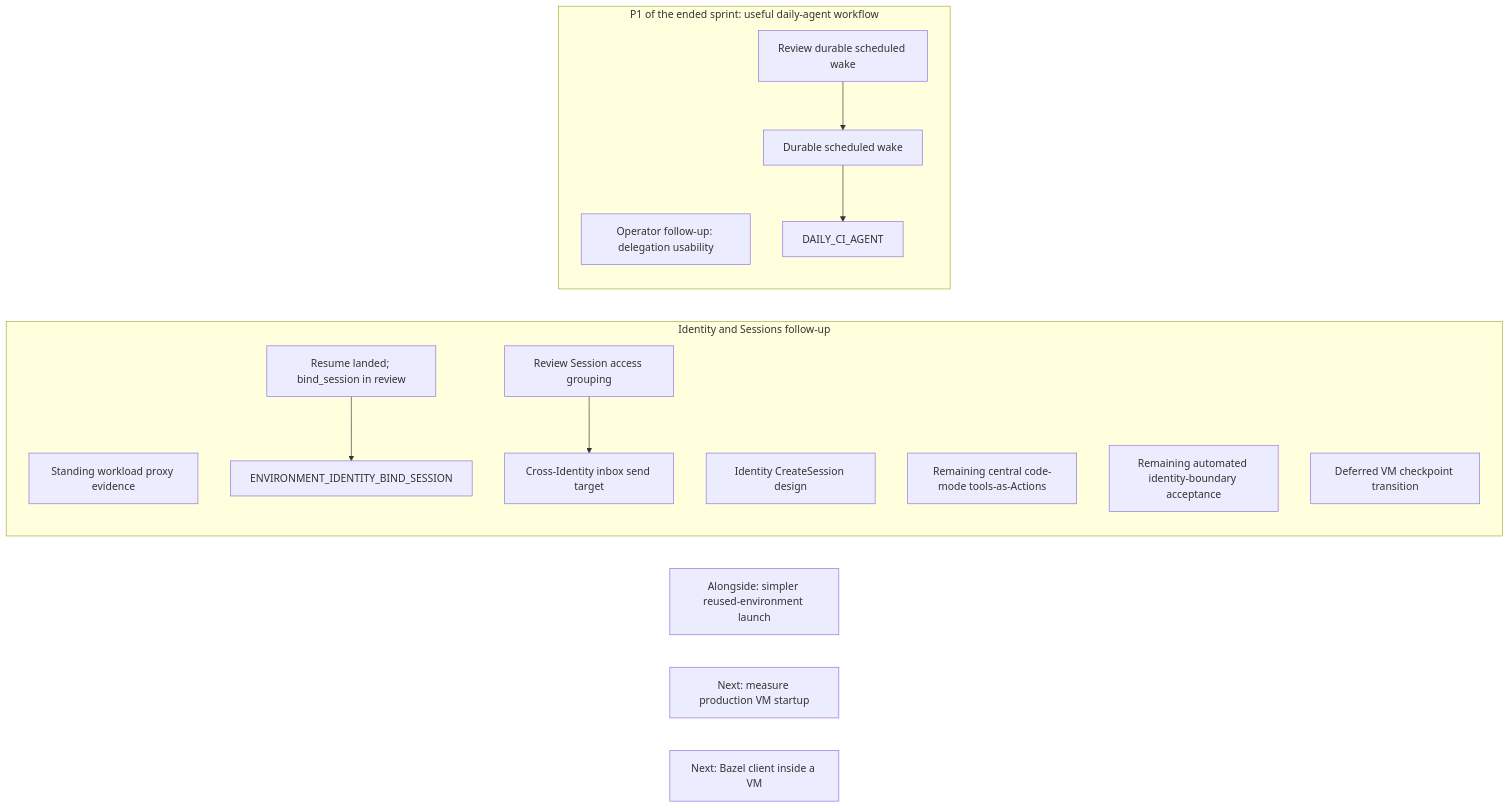
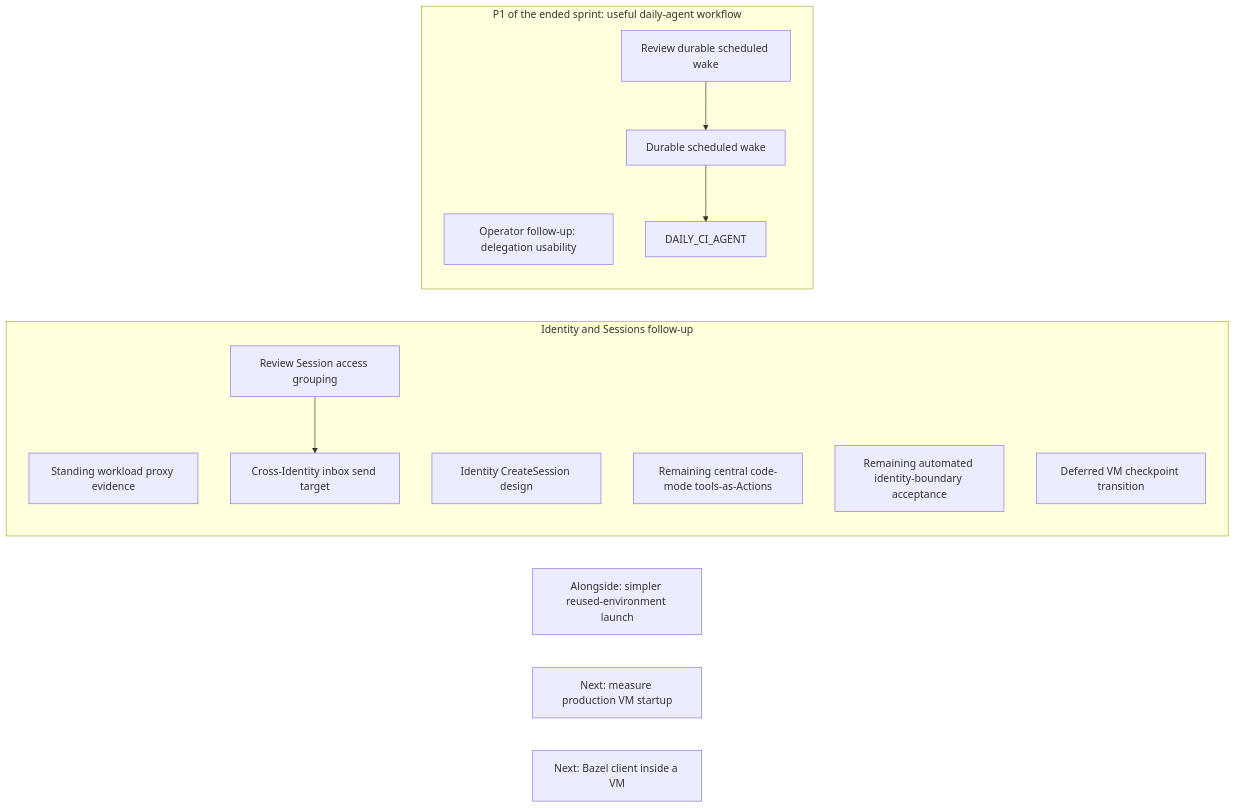
Before and after one commit to agentydragon/ducktape: the third of 21 diagrams in agentplane/plans/task_dag.md, drawn with Mermaid. The commit also changed other lines of this file and 2 other files, not shown here.

````diff
--- a/agentplane/plans/task_dag.md
+++ b/agentplane/plans/task_dag.md
@@ -288,20 +283,19 @@
 ```mermaid
 flowchart LR
     subgraph IDENTITY_TRACK[Identity and Sessions follow-up]
         STANDING_WORKLOAD_IDENTITY[Standing workload proxy evidence]
-        ENVIRONMENT_LIFECYCLE_RULES[Resume landed; bind_session in review] --> ENVIRONMENT_IDENTITY_BIND_SESSION
         SESSION_ACCESS_GROUPING_DESIGN[Review Session access grouping] --> SESSION_IDENTITY_AUTHZ[Cross-Identity inbox send target]
         SESSION_SUBAGENT_DELEGATION[Identity CreateSession design]
         CENTRAL_SESSION_DELEGATED_ACTING[Remaining central code-mode tools-as-Actions]
         IDENTITY_SYSTEM_TESTS[Remaining automated identity-boundary acceptance]
         SANDBOX_IDENTITY_CHANGE_CHECKPOINT[Deferred VM checkpoint transition]
     end
     subgraph PRIORITY_ONE[P1 of the ended sprint: useful daily-agent workflow]
         THREAD_CREATE_AUTHORIZATION[Operator follow-up: delegation usability]
         SCHEDULED_AGENT_WAKE_DESIGN[Review durable scheduled wake] --> SCHEDULED_AGENT_WAKE
         SCHEDULED_AGENT_WAKE[Durable scheduled wake] --> DAILY_CI_AGENT
     end
     SESSION_LAUNCH_FRICTION[Alongside: simpler reused-environment launch]
     VM_STARTUP_LATENCY[Next: measure production VM startup]
     LOCAL_BAZEL[Next: Bazel client inside a VM]
 ```
````
